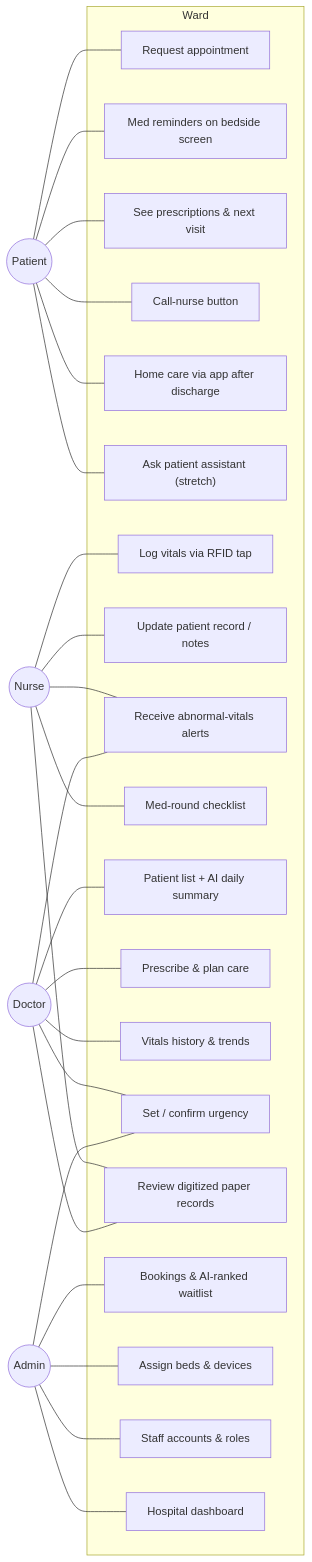
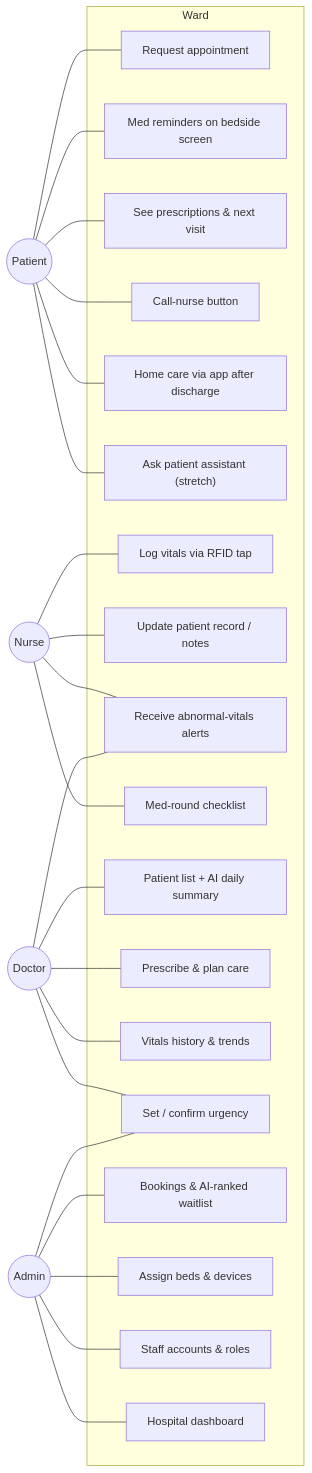
One commit to Faouzi-Blibech/smarty-hospital- changed the second of 5 diagrams in docs/architecture.md. Above: the diagram before and after it, drawn with Mermaid. The commit also changed other lines of this file and 12 other files, not shown here.

````diff
--- a/docs/architecture.md
+++ b/docs/architecture.md
@@ -76,34 +76,33 @@
 ```mermaid
 flowchart LR
   P(("Patient"))
   N(("Nurse"))
   D(("Doctor"))
   A(("Admin"))
 
   subgraph Ward
     UC1["Request appointment"]
     UC2["Med reminders on bedside screen"]
     UC3["See prescriptions & next visit"]
     UC4["Call-nurse button"]
     UC5["Home care via app after discharge"]
     UC6["Ask patient assistant (stretch)"]
     UC7["Log vitals via RFID tap"]
     UC8["Update patient record / notes"]
     UC9["Receive abnormal-vitals alerts"]
     UC10["Med-round checklist"]
     UC11["Patient list + AI daily summary"]
     UC12["Prescribe & plan care"]
     UC13["Vitals history & trends"]
     UC14["Set / confirm urgency"]
-    UC15["Review digitized paper records"]
     UC16["Bookings & AI-ranked waitlist"]
     UC17["Assign beds & devices"]
     UC18["Staff accounts & roles"]
     UC19["Hospital dashboard"]
   end
 
   P --- UC1 & UC2 & UC3 & UC4 & UC5 & UC6
-  N --- UC7 & UC8 & UC9 & UC10 & UC15
-  D --- UC11 & UC12 & UC13 & UC14 & UC15 & UC9
+  N --- UC7 & UC8 & UC9 & UC10
+  D --- UC11 & UC12 & UC13 & UC14 & UC9
   A --- UC16 & UC17 & UC18 & UC19 & UC14
 ```
````
